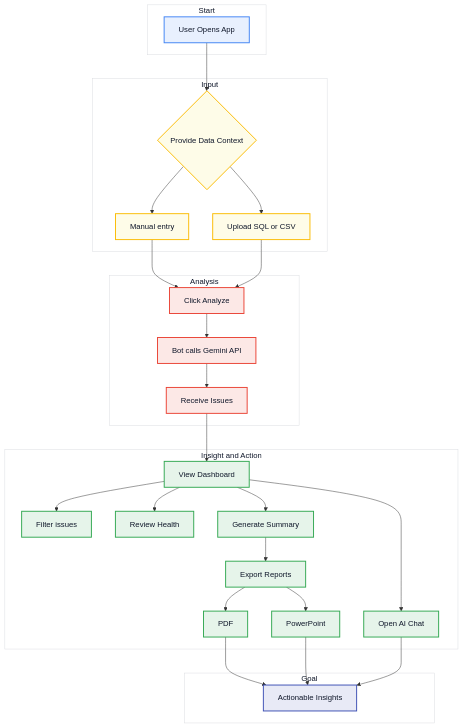
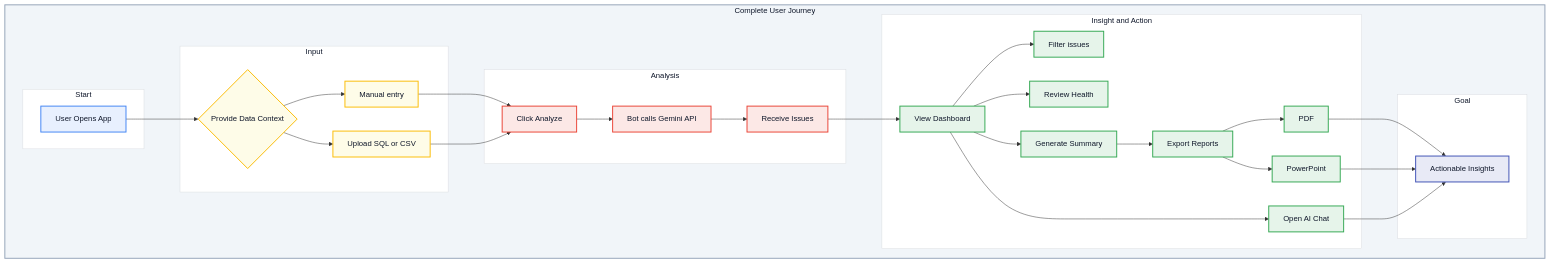
One commit to chtsalvishal/DQ_Gen_AI_Bot changed the second of 2 diagrams in README.md. Above: the diagram before and after it, drawn with Mermaid. The commit also changed other lines of this file, not shown here.

Commit message:
docs: Update README with architecture diagram

````diff
--- a/README.md
+++ b/README.md
@@ -71,56 +76,61 @@
 ```mermaid
 graph TD
-    subgraph sg1 [Start]
-        A[User Opens App]:::startNode
-    end
+    subgraph journey [Complete User Journey]
+        subgraph sg1 [Start]
+            A[User Opens App]:::startNode
+        end
 
-    subgraph sg2 [Input]
-        B{Provide Data Context}:::inputNode
-        B1[Manual entry]:::inputNode
-        B2[Upload SQL or CSV]:::inputNode
+        subgraph sg2 [Input]
+            B{Provide Data Context}:::inputNode
+            B1[Manual entry]:::inputNode
+            B2[Upload SQL or CSV]:::inputNode
+        end
+        
+        subgraph sg3 [Analysis]
+            C[Click Analyze]:::analysisNode
+            D[Bot calls Gemini API]:::analysisNode
+            E[Receive Issues]:::analysisNode
+        end
+
+        subgraph sg4 [Insight and Action]
+            F[View Dashboard]:::insightNode
+            F1[Filter issues]:::insightNode
+            F2[Review Health]:::insightNode
+            G[Open AI Chat]:::insightNode
+            H[Generate Summary]:::insightNode
+            I[Export Reports]:::insightNode
+            I1[PDF]:::insightNode
+            I2[PowerPoint]:::insightNode
+        end
+        
+        subgraph sg5 [Goal]
+           J[Actionable Insights]:::goalNode
+        end
+
+        A --> B
+        B --> B1 & B2
+        B1 --> C
+        B2 --> C
+        C --> D --> E --> F
+        F --> F1 & F2 & G & H
+        H --> I --> I1 & I2
+        I1 --> J
+        I2 --> J
+        G --> J
     end
     
-    subgraph sg3 [Analysis]
-        C[Click Analyze]:::analysisNode
-        D[Bot calls Gemini API]:::analysisNode
-        E[Receive Issues]:::analysisNode
-    end
+    class journey container
 
-    subgraph sg4 [Insight and Action]
-        F[View Dashboard]:::insightNode
-        F1[Filter issues]:::insightNode
-        F2[Review Health]:::insightNode
-        G[Open AI Chat]:::insightNode
-        H[Generate Summary]:::insightNode
-        I[Export Reports]:::insightNode
-        I1[PDF]:::insightNode
-        I2[PowerPoint]:::insightNode
-    end
-    
-    subgraph sg5 [Goal]
-       J[Actionable Insights]:::goalNode
-    end
-
-    A --> B
-    B --> B1 & B2
-    B1 --> C
-    B2 --> C
-    C --> D --> E --> F
-    F --> F1 & F2 & G & H
-    H --> I --> I1 & I2
-    I1 --> J
-    I2 --> J
-    G --> J
-    
     style sg1 fill:#FFFFFF,stroke:#DADCE0,color:#0f172a
     style sg2 fill:#FFFFFF,stroke:#DADCE0,color:#0f172a
     style sg3 fill:#FFFFFF,stroke:#DADCE0,color:#0f172a
     style sg4 fill:#FFFFFF,stroke:#DADCE0,color:#0f172a
     style sg5 fill:#FFFFFF,stroke:#DADCE0,color:#0f172a
-
+    
+    classDef container fill:#f1f5f9,stroke:#94a3b8,stroke-width:2px,color:#0f172a
     classDef startNode fill:#E8F0FE,stroke:#4285F4,stroke-width:2px,color:#0f172a
     classDef inputNode fill:#FEFCE8,stroke:#FBBC05,stroke-width:2px,color:#0f172a
     classDef analysisNode fill:#FCE8E6,stroke:#EA4335,stroke-width:2px,color:#0f172a
     classDef insightNode fill:#E6F4EA,stroke:#34A853,stroke-width:2px,color:#0f172a
     classDef goalNode fill:#E8EAF6,stroke:#3F51B5,stroke-width:2px,color:#0f172a
 ```
````
